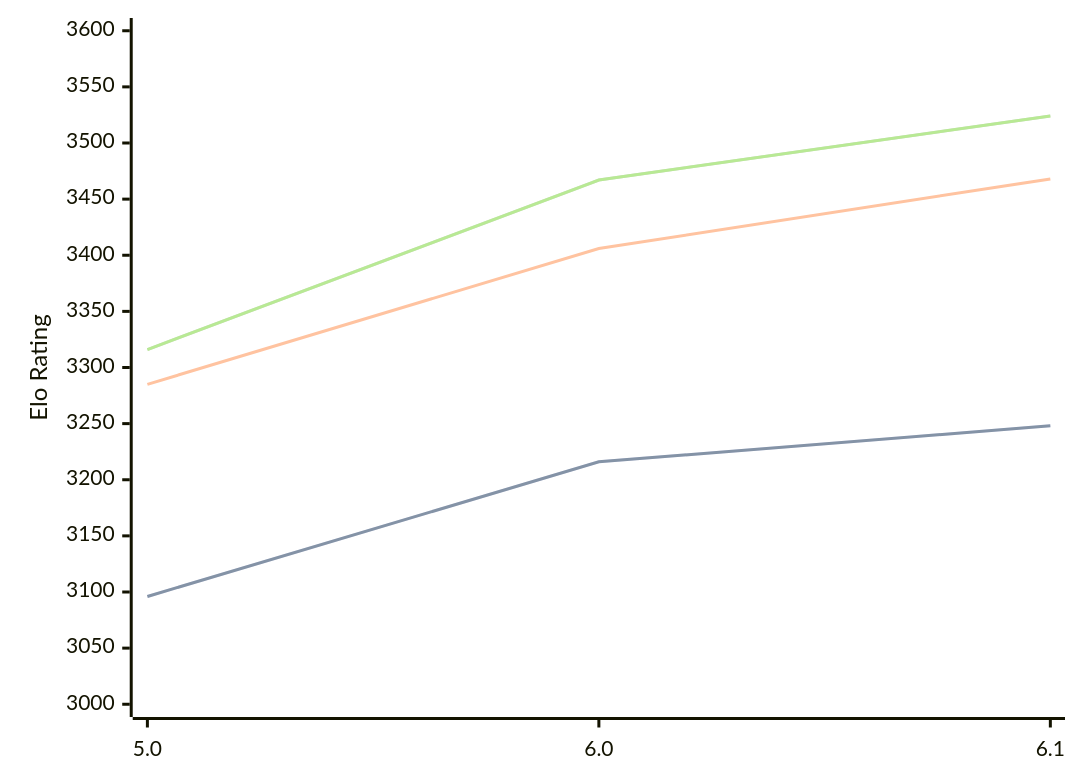
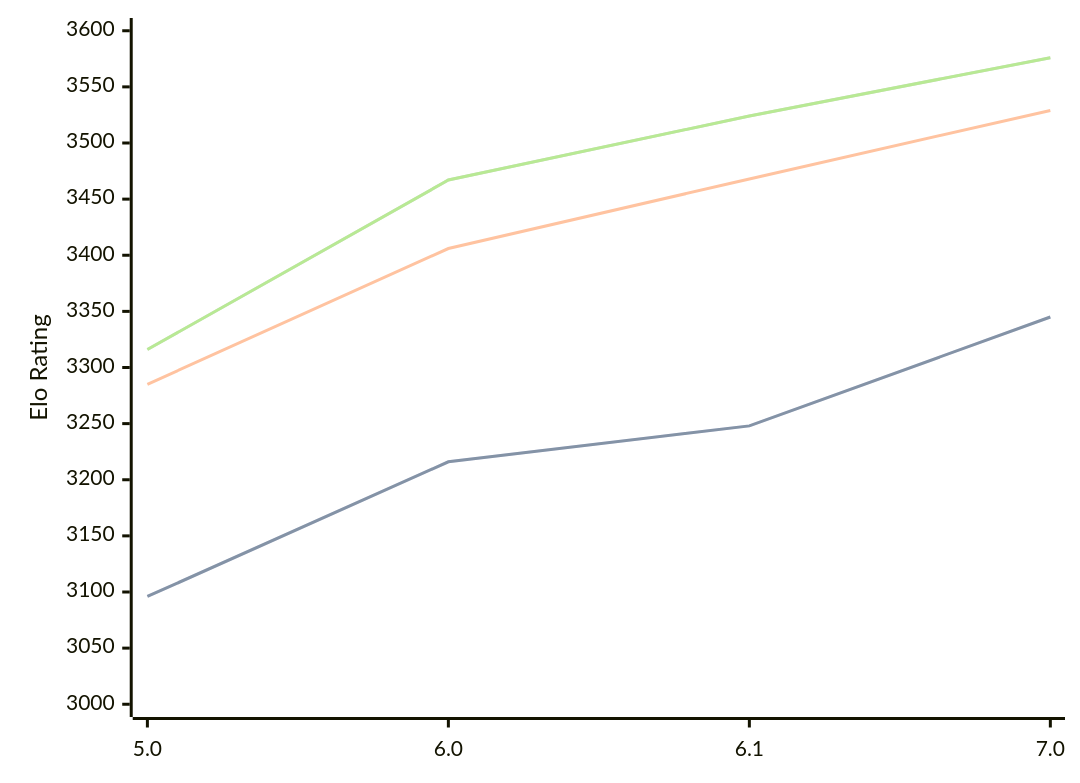
One commit to computer-chess-index/cci changed the diagram in engines/PZChessBot.md. Above: the diagram before and after it, drawn with Mermaid. The commit also changed other lines of this file, not shown here.

Commit message:
Update CCI Ratings (ELO VLTC) - 2026-05-08

````diff
--- a/engines/PZChessBot.md
+++ b/engines/PZChessBot.md
@@ -42,11 +43,11 @@
 ```mermaid
 %%{init: {"theme":"base","themeVariables":{"seriesColors:['#a3a3a3','#222221','#faa371']}}}%%
 xychart-beta
-  x-axis ["5.0", "6.0", "6.1"]
+  x-axis ["5.0", "6.0", "6.1", "7.0"]
   y-axis "Elo Rating" 3000 --> 3600
-  line "STC (8.0+0.08s)" [3096, 3216, 3248]
-  line "STC (8.0+0.08s)" [3096, 3216, 3248]
-  line "LTC (60.0+0.60s)" [3285, 3406, 3468]
-  line "VLTC (2m24s+1.12s)" [3316, 3467, 3524]
-  line "VLTC (2m24s+1.12s)" [3316, 3467, 3524]
+  line "STC (8.0+0.08s)" [3096, 3216, 3248, 3345]
+  line "STC (8.0+0.08s)" [3096, 3216, 3248, 3345]
+  line "LTC (60.0+0.60s)" [3285, 3406, 3468, 3529]
+  line "VLTC (2m24s+1.12s)" [3316, 3467, 3524, 3576]
+  line "VLTC (2m24s+1.12s)" [3316, 3467, 3524, 3576]
 ```
````
